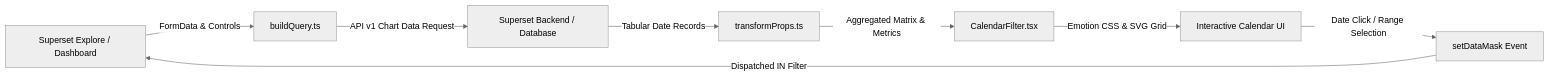
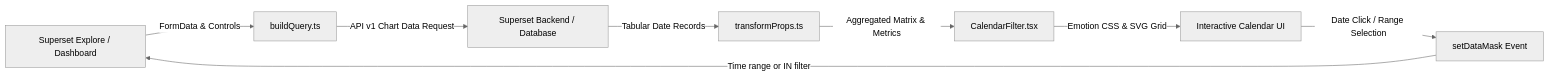
One commit to FrancescoCastaldi/superset-plugin-chart-calendar-filter changed the diagram in README.md. Above: the diagram before and after it, drawn with Mermaid (neutral theme). The commit also changed other lines of this file and 38 other files, not shown here.

````diff
--- a/README.md
+++ b/README.md
@@ -55,10 +64,10 @@
 ```mermaid
 flowchart LR
     A[Superset Explore / Dashboard] -->|FormData & Controls| B[buildQuery.ts]
     B -->|API v1 Chart Data Request| C[Superset Backend / Database]
     C -->|Tabular Date Records| D[transformProps.ts]
     D -->|Aggregated Matrix & Metrics| E[CalendarFilter.tsx]
     E -->|Emotion CSS & SVG Grid| F[Interactive Calendar UI]
     F -->|Date Click / Range Selection| G[setDataMask Event]
-    G -->|Dispatched IN Filter| A
+    G -->|Time range or IN filter| A
 ```
````
